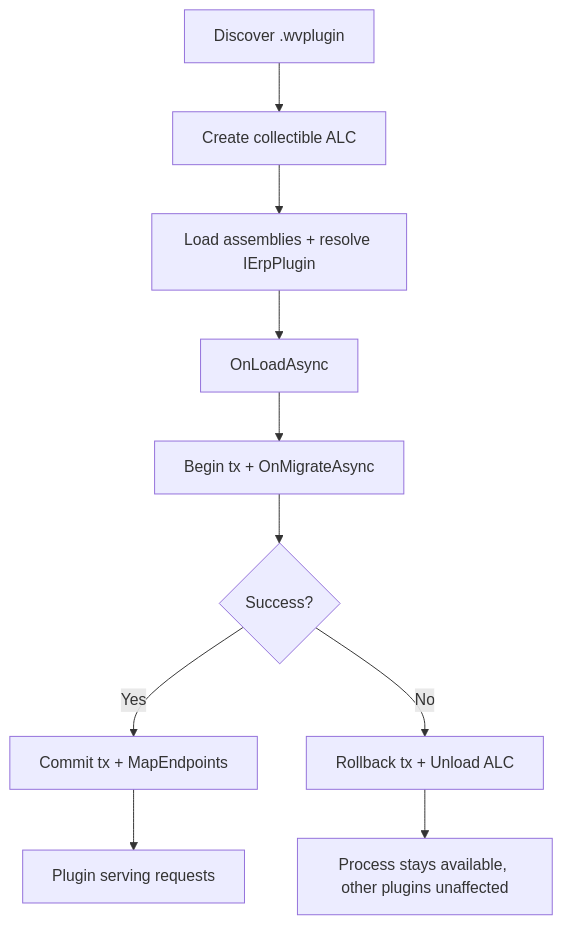
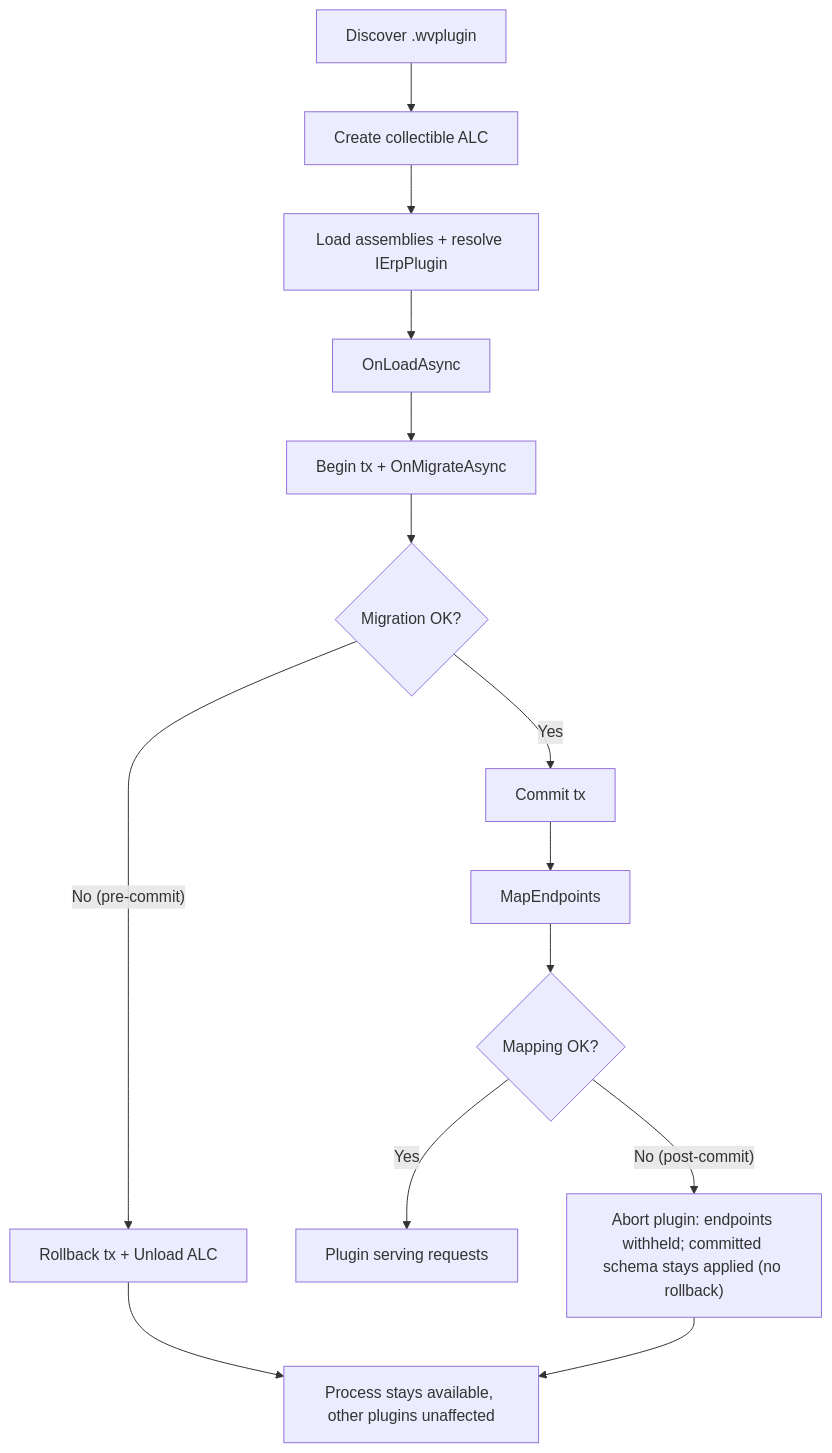
The diagram in docs/plugin-sdk/assemblyloadcontext-hosting.md (Blitzy-Sandbox/blitzy-WebVella-ERP), drawn with Mermaid before and after one commit. The commit also changed other lines of this file and 43 other files, not shown here.

````diff
--- a/docs/plugin-sdk/assemblyloadcontext-hosting.md
+++ b/docs/plugin-sdk/assemblyloadcontext-hosting.md
@@ -204,12 +252,18 @@
 ```mermaid
 flowchart TD
+    accTitle: Plugin load lifecycle with pre-commit and post-commit failure handling
+    accDescr: The host discovers a wvplugin, creates a collectible AssemblyLoadContext, loads assemblies and resolves IErpPlugin, calls OnLoadAsync, then begins a transaction and runs OnMigrateAsync. A pre-commit migration failure rolls back the transaction and unloads the context, while success commits and calls MapEndpoints. A post-commit mapping failure withholds endpoints and leaves the committed schema applied with no rollback, and in both failure cases the process stays available and other plugins are unaffected.
     A[Discover .wvplugin] --> B[Create collectible ALC]
     B --> C[Load assemblies + resolve IErpPlugin]
     C --> D[OnLoadAsync]
     D --> E[Begin tx + OnMigrateAsync]
-    E --> F{Success?}
-    F -- Yes --> G[Commit tx + MapEndpoints]
-    F -- No --> H[Rollback tx + Unload ALC]
-    G --> I[Plugin serving requests]
+    E --> F{Migration OK?}
+    F -- "No (pre-commit)" --> H[Rollback tx + Unload ALC]
+    F -- Yes --> G[Commit tx]
+    G --> K[MapEndpoints]
+    K --> L{Mapping OK?}
+    L -- Yes --> I[Plugin serving requests]
+    L -- "No (post-commit)" --> M["Abort plugin: endpoints withheld; committed schema stays applied (no rollback)"]
     H --> J[Process stays available, other plugins unaffected]
+    M --> J
 ```
````
